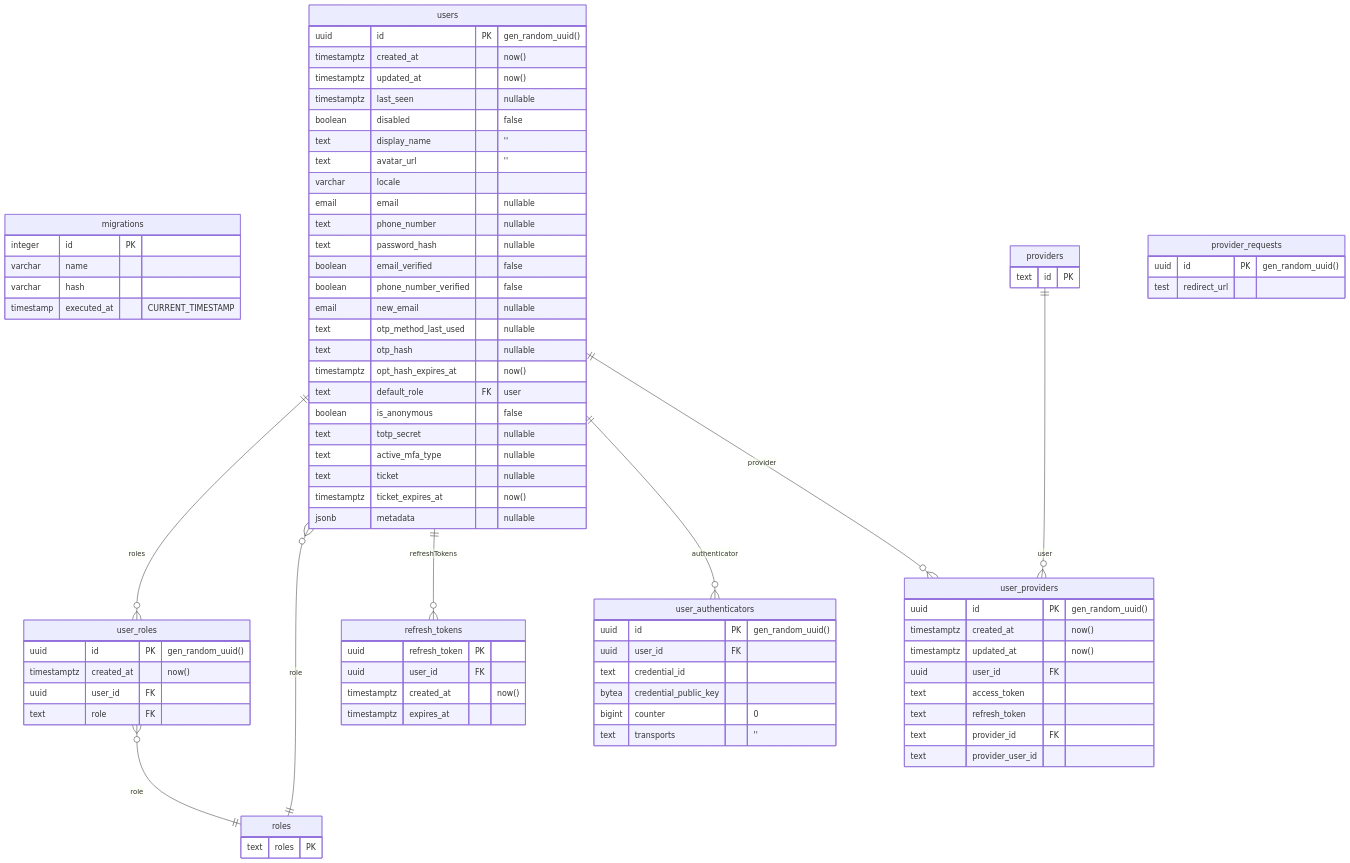
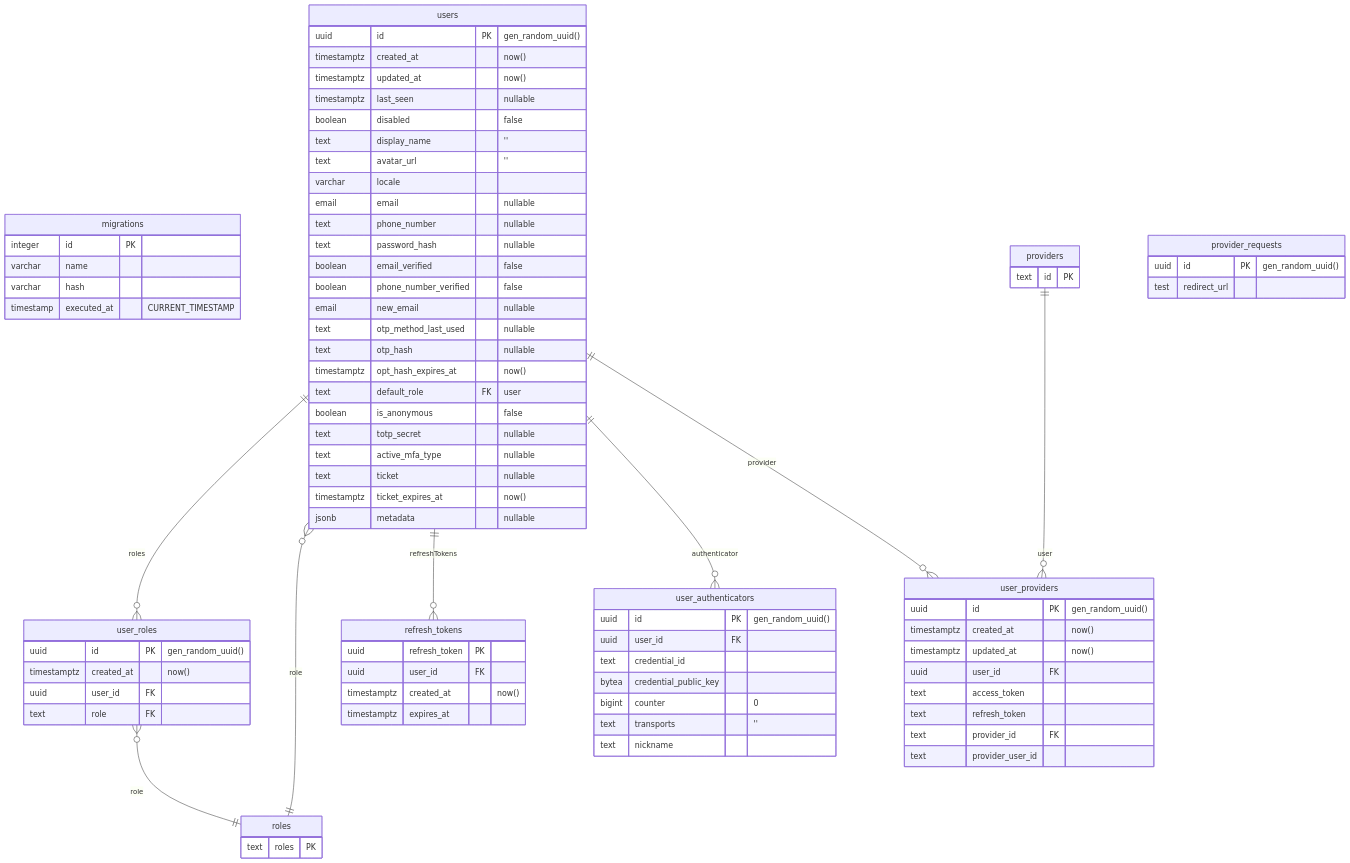
The diagram in docs/schema.md (nhost/nhost), drawn with Mermaid before and after one commit.

Commit message:
docs: add nickname to db schema

```diff
--- a/docs/schema.md
+++ b/docs/schema.md
@@ -53,6 +53,7 @@
     bytea credential_public_key
     bigint counter "0"
     text transports "''"
+    text nickname
 }
 
 user_roles {
```
